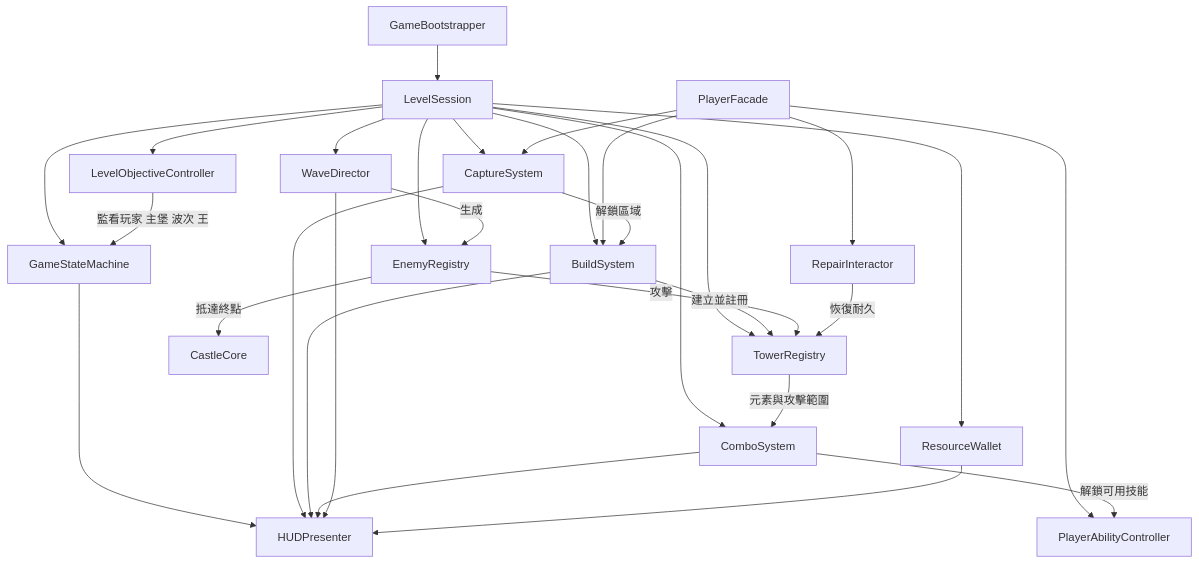
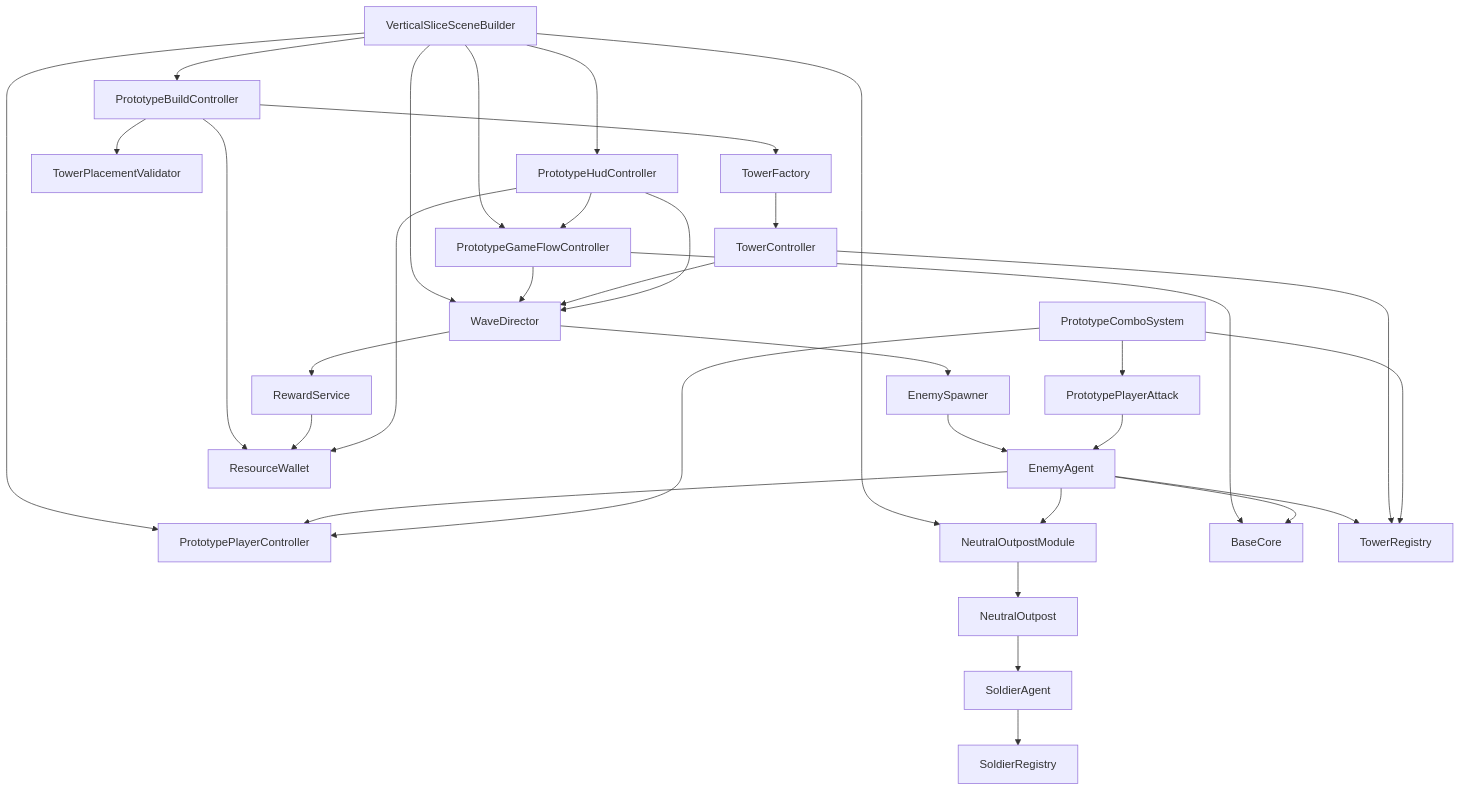
The first of 2 diagrams in Ref/開發規劃.md (qwillie64/TowerDefense), drawn with Mermaid before and after one commit. The commit also changed other lines of this file and 367 other files, not shown here.

````diff
--- a/Ref/開發規劃.md
+++ b/Ref/開發規劃.md
@@ -111,35 +140,40 @@
 ```mermaid
 flowchart TD
-    Bootstrap[GameBootstrapper] --> Session[LevelSession]
-    Session --> Flow[GameStateMachine]
-    Session --> Capture[CaptureSystem]
-    Session --> Build[BuildSystem]
-    Session --> Towers[TowerRegistry]
-    Session --> Combo[ComboSystem]
-    Session --> Waves[WaveDirector]
-    Session --> Enemies[EnemyRegistry]
-    Session --> Resources[ResourceWallet]
-    Session --> Objective[LevelObjectiveController]
+    SceneBuilder[VerticalSliceSceneBuilder] --> Flow[PrototypeGameFlowController]
+    SceneBuilder --> Player[PrototypePlayerController]
+    SceneBuilder --> Build[PrototypeBuildController]
+    SceneBuilder --> Waves[WaveDirector]
+    SceneBuilder --> Neutral[NeutralOutpostModule]
+    SceneBuilder --> HUD[PrototypeHudController]
 
-    Player[PlayerFacade] --> Capture
-    Player --> Build
-    Player --> Repair[RepairInteractor]
-    Player --> Ability[PlayerAbilityController]
+    Flow --> Waves
+    Flow --> Base[BaseCore]
+    Waves --> Spawner[EnemySpawner]
+    Spawner --> Enemy[EnemyAgent]
+    Enemy --> Player
+    Enemy --> Base
+    Enemy --> TowerRegistry[TowerRegistry]
+    Enemy --> Neutral
 
-    Capture -->|解鎖區域| Build
-    Build -->|建立並註冊| Towers
-    Towers -->|元素與攻擊範圍| Combo
-    Combo -->|解鎖可用技能| Ability
-    Waves -->|生成| Enemies
-    Enemies -->|攻擊| Towers
-    Enemies -->|抵達終點| Core[CastleCore]
-    Repair -->|恢復耐久| Towers
-    Objective -->|監看玩家 主堡 波次 王| Flow
+    Build --> Validator[TowerPlacementValidator]
+    Build --> Factory[TowerFactory]
+    Build --> Wallet[ResourceWallet]
+    Factory --> Tower[TowerController]
+    Tower --> TowerRegistry
+    Tower --> Waves
 
-    Flow --> UI[HUDPresenter]
-    Capture --> UI
-    Build --> UI
-    Combo --> UI
-    Waves --> UI
-    Resources --> UI
+    PlayerAttack[PrototypePlayerAttack] --> Enemy
+    Combo[PrototypeComboSystem] --> PlayerAttack
+    Combo --> Player
+    Combo --> TowerRegistry
+
+    Neutral --> Outpost[NeutralOutpost]
+    Outpost --> Soldier[SoldierAgent]
+    Soldier --> SoldierRegistry[SoldierRegistry]
+
+    Waves --> Reward[RewardService]
+    Reward --> Wallet
+    HUD --> Flow
+    HUD --> Waves
+    HUD --> Wallet
 ```
````
